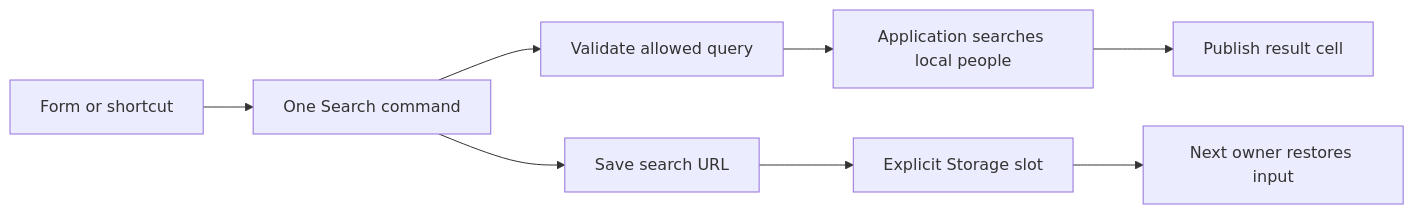
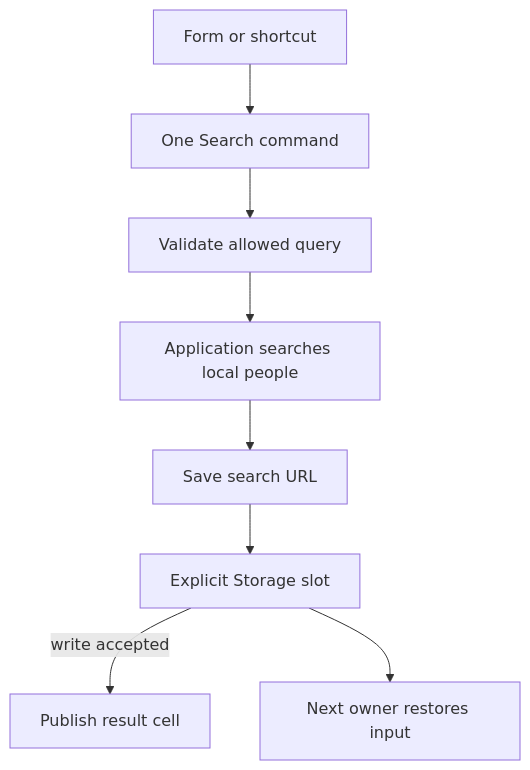
The diagram in docs/recipes/02-search.md (okikio/utils), drawn with Mermaid before and after one commit. The commit also changed other lines of this file and 11 other files, not shown here.

````diff
--- a/docs/recipes/02-search.md
+++ b/docs/recipes/02-search.md
@@ -77,10 +104,10 @@
 ```mermaid
-flowchart LR
+flowchart TD
     Control[Form or shortcut] --> Command[One Search command]
     Command --> Query[Validate allowed query]
     Query --> Provider[Application searches local people]
-    Provider --> Result[Publish result cell]
-    Command --> Draft[Save search URL]
+    Provider --> Draft[Save search URL]
     Draft --> Slot[Explicit Storage slot]
+    Slot -->|write accepted| Result[Publish result cell]
     Slot --> Reopen[Next owner restores input]
 ```
````
